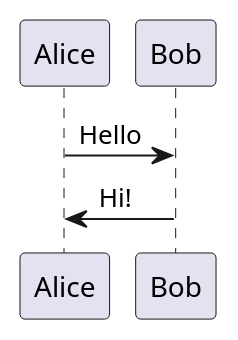
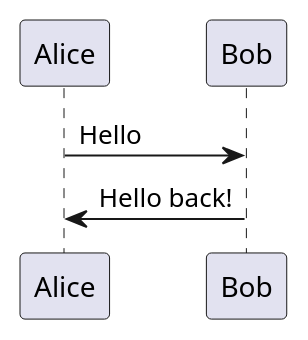
One commit to cbnfreitas/drawing-idea-generator changed the diagram in test2diagrams.wsd. Above: the diagram before and after it, drawn with PlantUML.

```diff
--- a/test2diagrams.wsd
+++ b/test2diagrams.wsd
@@ -1,6 +1,6 @@
 @startuml firstDiagram
 
 Alice -> Bob: Hello
-Bob -> Alice: Hi!
+Bob -> Alice: Hello back!
 	
 @enduml
```
